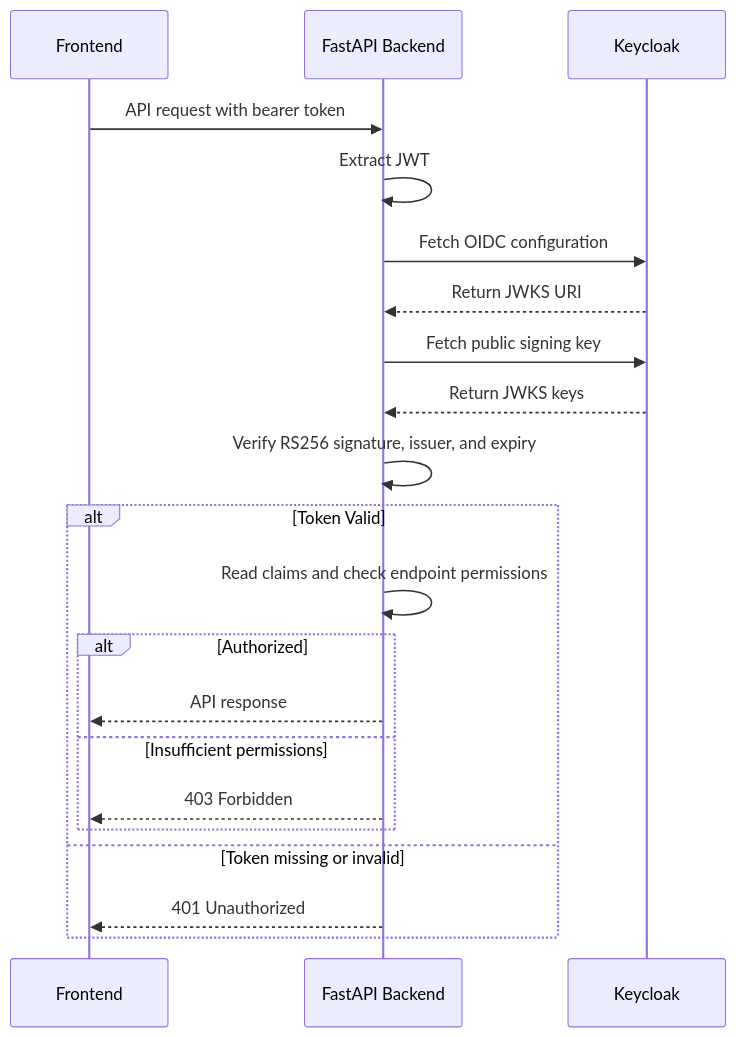
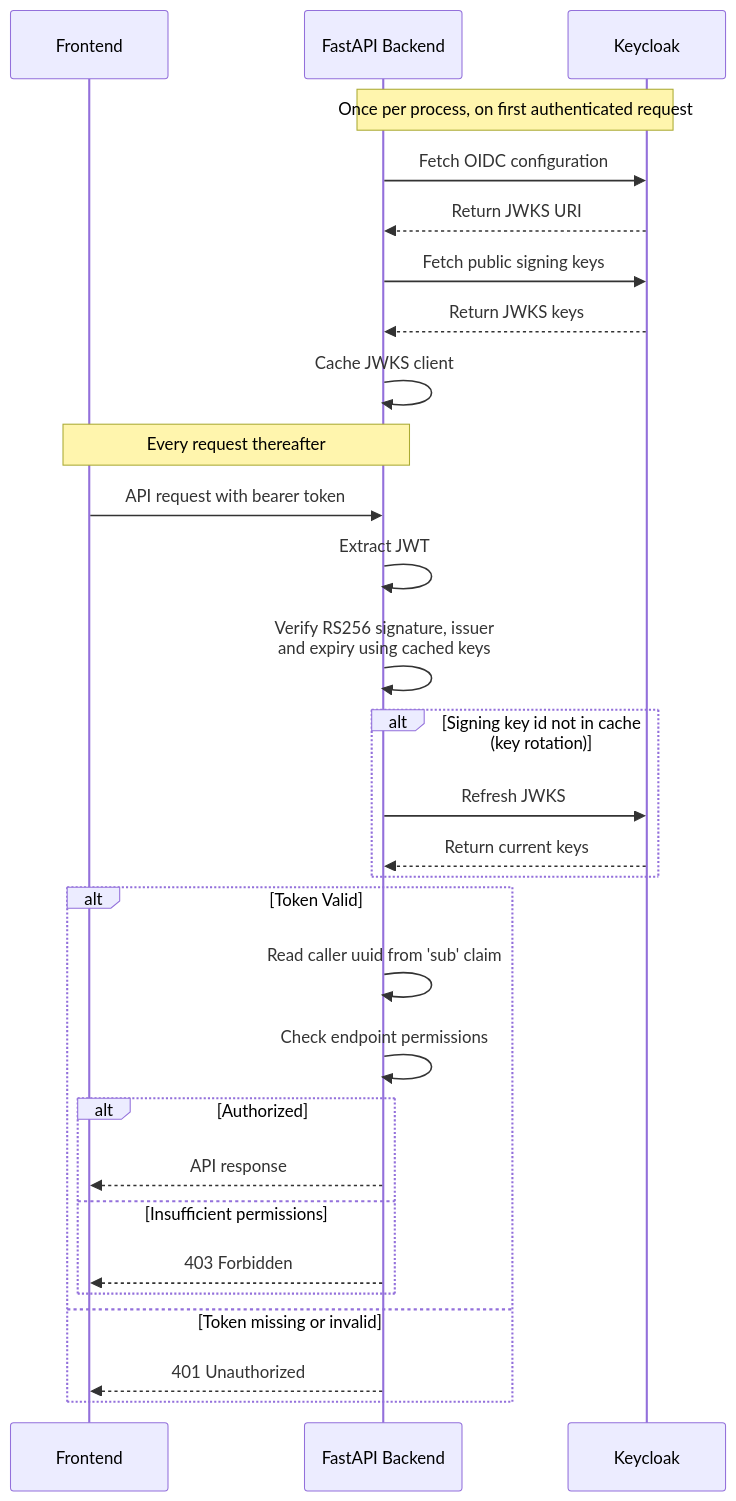
One commit to pmahon3/Data-Portal changed the second of 6 diagrams in docs/diagrams/sequence-authentication.md. Above: the diagram before and after it, drawn with Mermaid. The commit also changed other lines of this file and 1 other file, not shown here.

````diff
--- a/docs/diagrams/sequence-authentication.md
+++ b/docs/diagrams/sequence-authentication.md
@@ -41,25 +45,35 @@
 ```mermaid
 sequenceDiagram
     participant Frontend
     participant Backend as FastAPI Backend
     participant Keycloak
 
+    Note over Backend,Keycloak: Once per process, on first authenticated request
+    Backend->>Keycloak: Fetch OIDC configuration
+    Keycloak-->>Backend: Return JWKS URI
+    Backend->>Keycloak: Fetch public signing keys
+    Keycloak-->>Backend: Return JWKS keys
+    Backend->>Backend: Cache JWKS client
+
+    Note over Frontend,Backend: Every request thereafter
     Frontend->>Backend: API request with bearer token
     Backend->>Backend: Extract JWT
-    Backend->>Keycloak: Fetch OIDC configuration
-    Keycloak-->>Backend: Return JWKS URI
-    Backend->>Keycloak: Fetch public signing key
-    Keycloak-->>Backend: Return JWKS keys
-    Backend->>Backend: Verify RS256 signature, issuer, and expiry
+    Backend->>Backend: Verify RS256 signature, issuer<br/>and expiry using cached keys
+
+    alt Signing key id not in cache (key rotation)
+        Backend->>Keycloak: Refresh JWKS
+        Keycloak-->>Backend: Return current keys
+    end
 
     alt Token Valid
-        Backend->>Backend: Read claims and check endpoint permissions
+        Backend->>Backend: Read caller uuid from 'sub' claim
+        Backend->>Backend: Check endpoint permissions
         alt Authorized
             Backend-->>Frontend: API response
         else Insufficient permissions
             Backend-->>Frontend: 403 Forbidden
         end
     else Token missing or invalid
         Backend-->>Frontend: 401 Unauthorized
     end
 ```
````
